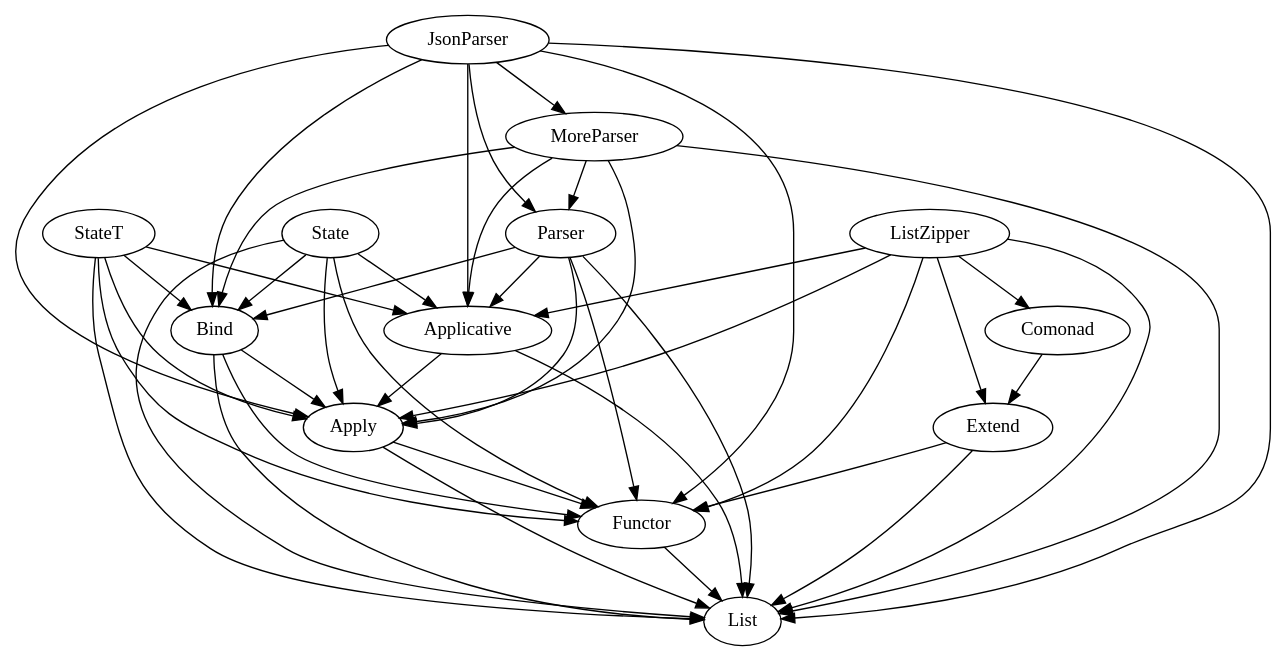
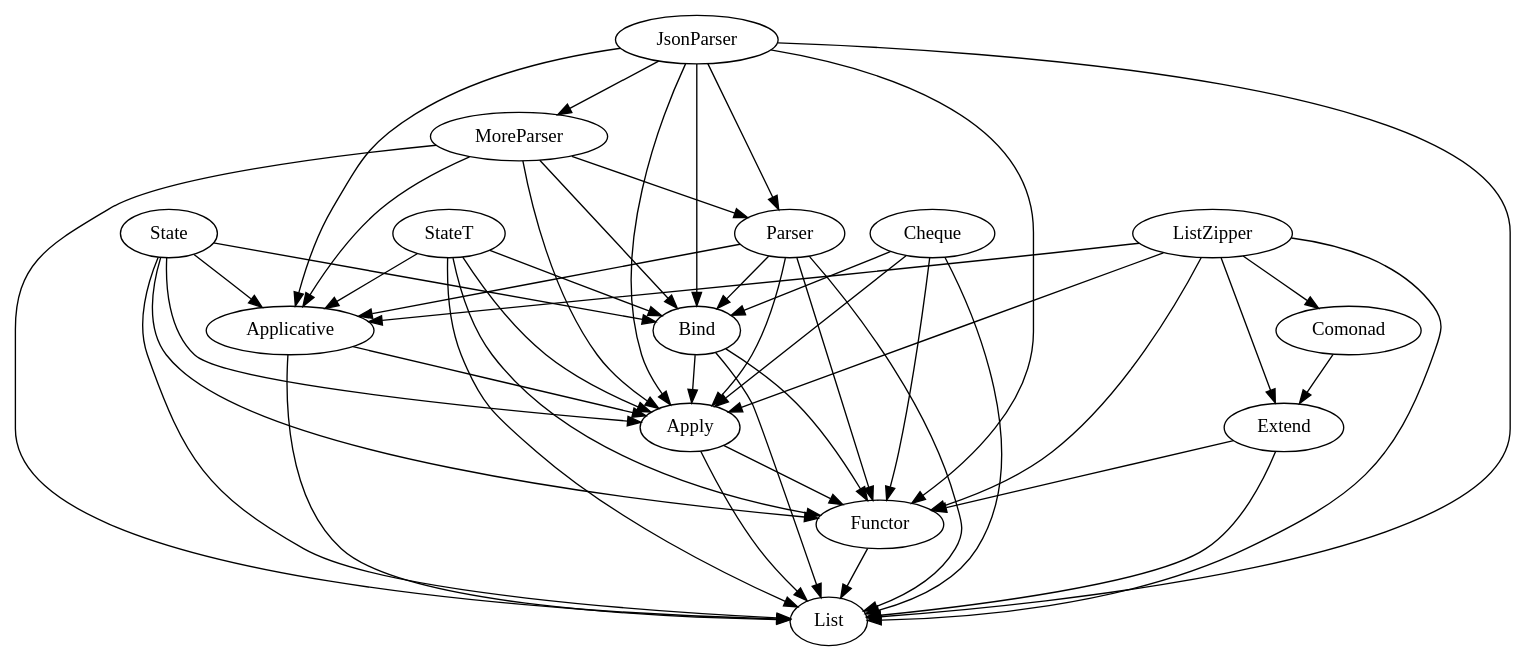
One commit to kkspeed/course changed the diagram in share/deps/exercises.dot. Above: the diagram before and after it, drawn with Graphviz. The commit also changed 2 other files, not shown here.

```diff
--- a/share/deps/exercises.dot
+++ b/share/deps/exercises.dot
@@ -1,62 +1,67 @@
 digraph G {
     {
         list [label="List"];
         functor [label="Functor"];
         apply [label="Apply"];
         applicative [label="Applicative"];
         bind [label="Bind"];
         comonad [label="Comonad"];
         extend [label="Extend"];
         state [label="State"];
         stateT [label="StateT"];
         parser [label="Parser"];
         moreparser [label="MoreParser"];
         listzipper [label="ListZipper"];
         jsonparser [label="JsonParser"];
+        cheque [label="Cheque"];
     }
 
     functor -> list;
     apply -> list;
     apply -> functor;
     applicative -> apply;
     applicative -> list;
     bind -> list;
     bind -> apply;
     bind -> functor;
     comonad -> extend;
     extend -> list;
     extend -> functor;
     state -> list;
     state -> functor;
     state -> apply;
     state -> applicative;
     state -> bind;
     stateT -> list;
     stateT -> functor;
     stateT -> apply;
     stateT -> applicative;
     stateT -> bind;
     parser -> list;
     parser -> functor;
     parser -> apply;
     parser -> applicative;
     parser -> bind;
     moreparser -> list;
     moreparser -> parser;
     moreparser -> applicative;
     moreparser -> apply;
     moreparser -> bind;
     listzipper -> list;
     listzipper -> functor;
     listzipper -> apply;
     listzipper -> applicative;
     listzipper -> extend;
     listzipper -> comonad;
     jsonparser -> parser;
     jsonparser -> moreparser;
     jsonparser -> functor;
     jsonparser -> apply;
     jsonparser -> applicative;
     jsonparser -> bind;
     jsonparser -> list;
+    cheque -> list;
+    cheque -> functor;
+    cheque -> apply;
+    cheque -> bind;
 }
```
